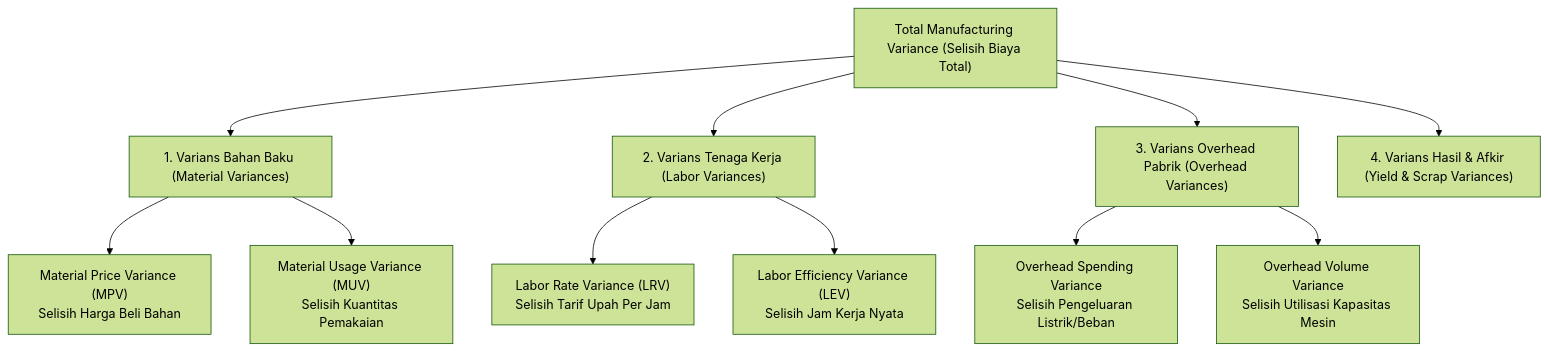
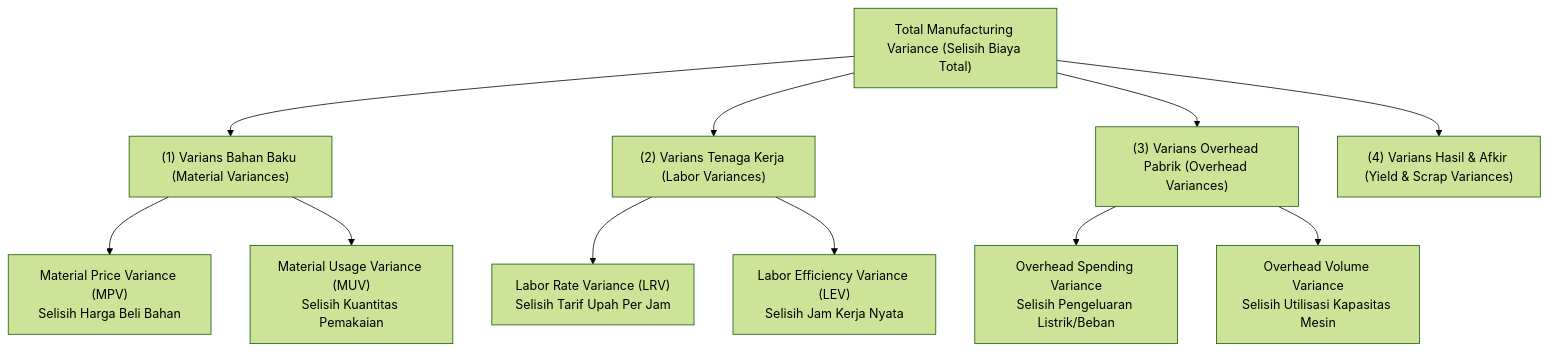
One commit to alimurrofid/erp-notes changed the diagram in content/06-manufacturing/production-variance-and-performance.md. Above: the diagram before and after it, drawn with Mermaid (forest theme). The commit also changed 132 other files, not shown here.

````diff
--- a/content/06-manufacturing/production-variance-and-performance.md
+++ b/content/06-manufacturing/production-variance-and-performance.md
@@ -37,18 +37,18 @@
 ```mermaid
 flowchart TD
     TotalVar["Total Manufacturing Variance (Selisih Biaya Total)"]
     
-    TotalVar --> MatVar["1. Varians Bahan Baku (Material Variances)"]
-    TotalVar --> LabVar["2. Varians Tenaga Kerja (Labor Variances)"]
-    TotalVar --> OvhVar["3. Varians Overhead Pabrik (Overhead Variances)"]
-    TotalVar --> YieldVar["4. Varians Hasil & Afkir (Yield & Scrap Variances)"]
+    TotalVar --> MatVar["(1) Varians Bahan Baku (Material Variances)"]
+    TotalVar --> LabVar["(2) Varians Tenaga Kerja (Labor Variances)"]
+    TotalVar --> OvhVar["(3) Varians Overhead Pabrik (Overhead Variances)"]
+    TotalVar --> YieldVar["(4) Varians Hasil & Afkir (Yield & Scrap Variances)"]
     
     MatVar --> MPV["Material Price Variance (MPV)<br/>Selisih Harga Beli Bahan"]
     MatVar --> MUV["Material Usage Variance (MUV)<br/>Selisih Kuantitas Pemakaian"]
     
     LabVar --> LRV["Labor Rate Variance (LRV)<br/>Selisih Tarif Upah Per Jam"]
     LabVar --> LEV["Labor Efficiency Variance (LEV)<br/>Selisih Jam Kerja Nyata"]
     
     OvhVar --> OSEV["Overhead Spending Variance<br/>Selisih Pengeluaran Listrik/Beban"]
     OvhVar --> OVEV["Overhead Volume Variance<br/>Selisih Utilisasi Kapasitas Mesin"]
 ```
````
